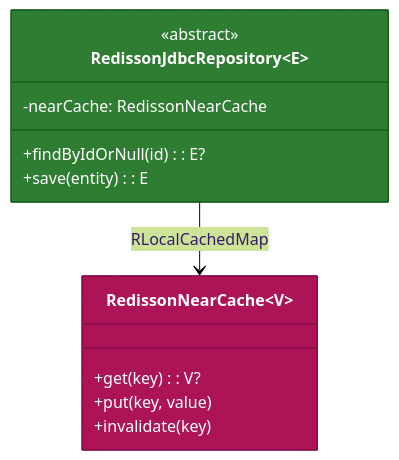
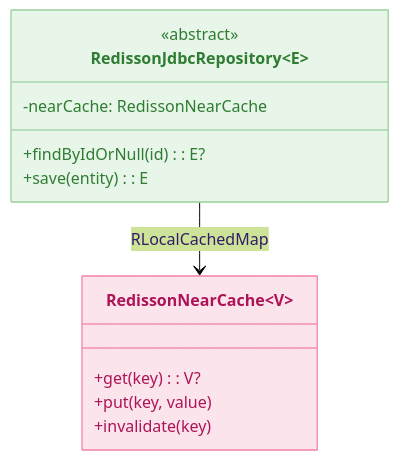
Before and after one commit to bluetape4k/bluetape4k-projects: the first of 7 diagrams in data/exposed-jdbc-redisson/README.md, drawn with Mermaid (forest theme). The commit also changed other lines of this file and 219 other files, not shown here.

First line of the commit message:
docs: 전체 README Mermaid 다이어그램 가이드 적용

````diff
--- a/data/exposed-jdbc-redisson/README.md
+++ b/data/exposed-jdbc-redisson/README.md
@@ -224,19 +224,19 @@
 ```mermaid
 classDiagram
     direction TB
     class RedissonJdbcRepository~E~ {
         <<abstract>>
         -nearCache: RedissonNearCache
         +findByIdOrNull(id): E?
         +save(entity): E
     }
     class RedissonNearCache~V~ {
         +get(key): V?
         +put(key, value)
         +invalidate(key)
     }
     RedissonJdbcRepository --> RedissonNearCache : RLocalCachedMap
 
-    style RedissonJdbcRepository fill:#2E7D32,stroke:#1B5E20,color:#FFFFFF
-    style RedissonNearCache fill:#AD1457,stroke:#880E4F,color:#FFFFFF
+    style RedissonJdbcRepository fill:#E8F5E9,stroke:#A5D6A7,color:#2E7D32
+    style RedissonNearCache fill:#FCE4EC,stroke:#F48FB1,color:#AD1457
 ```
````
